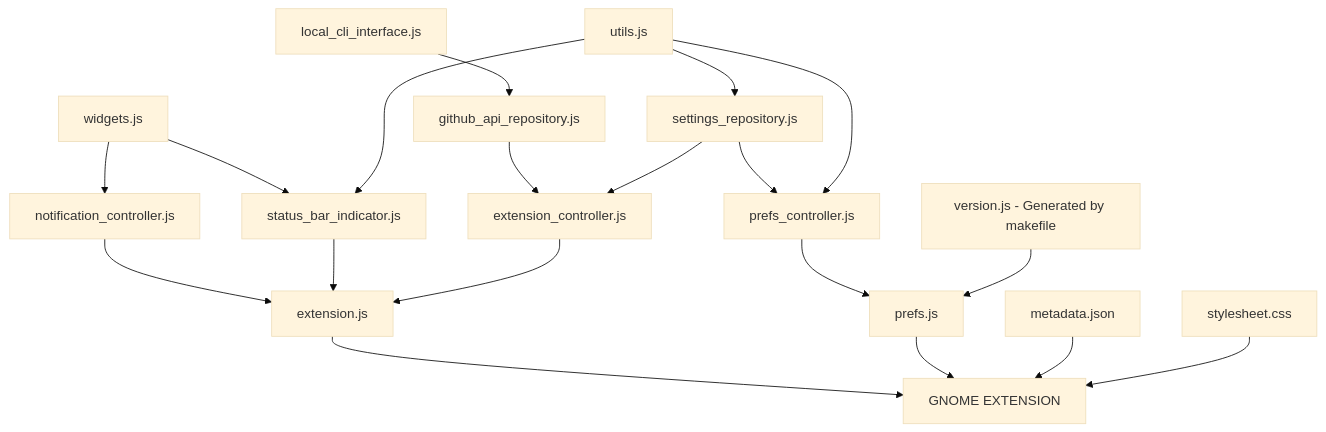
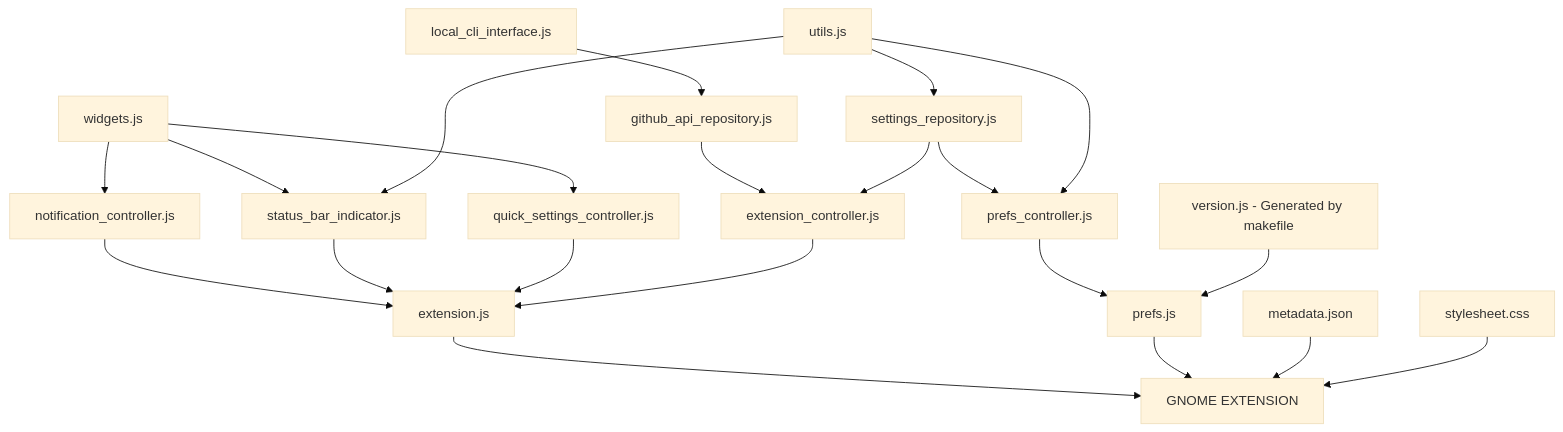
Before and after one commit to arononak/github-actions-gnome-extension: the diagram in README.md, drawn with Mermaid (base theme). The commit also changed other lines of this file and 11 other files, not shown here.

Commit message:
Added QuickSettings icon

````diff
--- a/README.md
+++ b/README.md
@@ -32,23 +34,25 @@
 ```mermaid
 graph TD;
     local_cli_interface.js-->github_api_repository.js;
     github_api_repository.js-->extension_controller.js;
     widgets.js-->status_bar_indicator.js;
     widgets.js-->notification_controller.js;
     notification_controller.js-->extension.js;
     status_bar_indicator.js-->extension.js;
     settings_repository.js-->extension_controller.js;
+    quick_settings_controller.js-->extension.js;
+    widgets.js-->quick_settings_controller.js;
     extension_controller.js-->extension.js;
     utils.js-->status_bar_indicator.js;
     utils.js-->settings_repository.js;
     settings_repository.js-->prefs_controller.js;
     utils.js-->prefs_controller.js;
     prefs_controller.js-->prefs.js
 
     version.js[version.js - Generated by makefile]-->prefs.js;
 
     extension.js-->EXTENSION[GNOME EXTENSION]
     prefs.js-->EXTENSION[GNOME EXTENSION]
     metadata.json-->EXTENSION[GNOME EXTENSION]
     stylesheet.css-->EXTENSION[GNOME EXTENSION]
 ```
````
